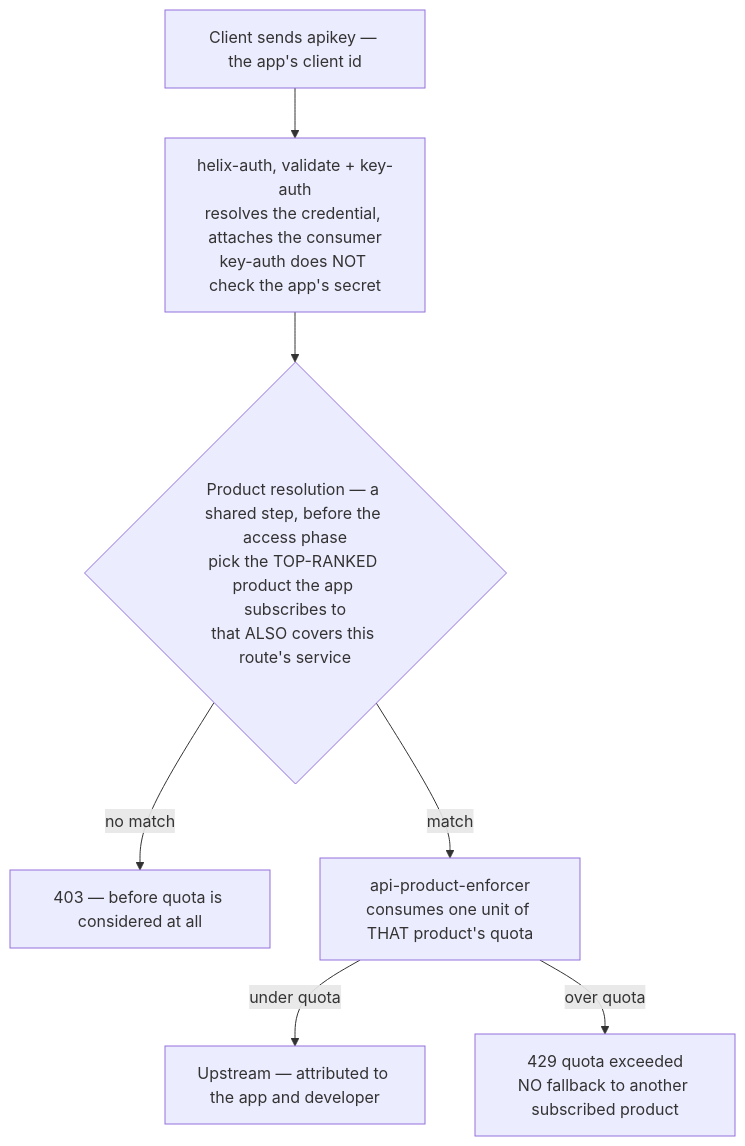
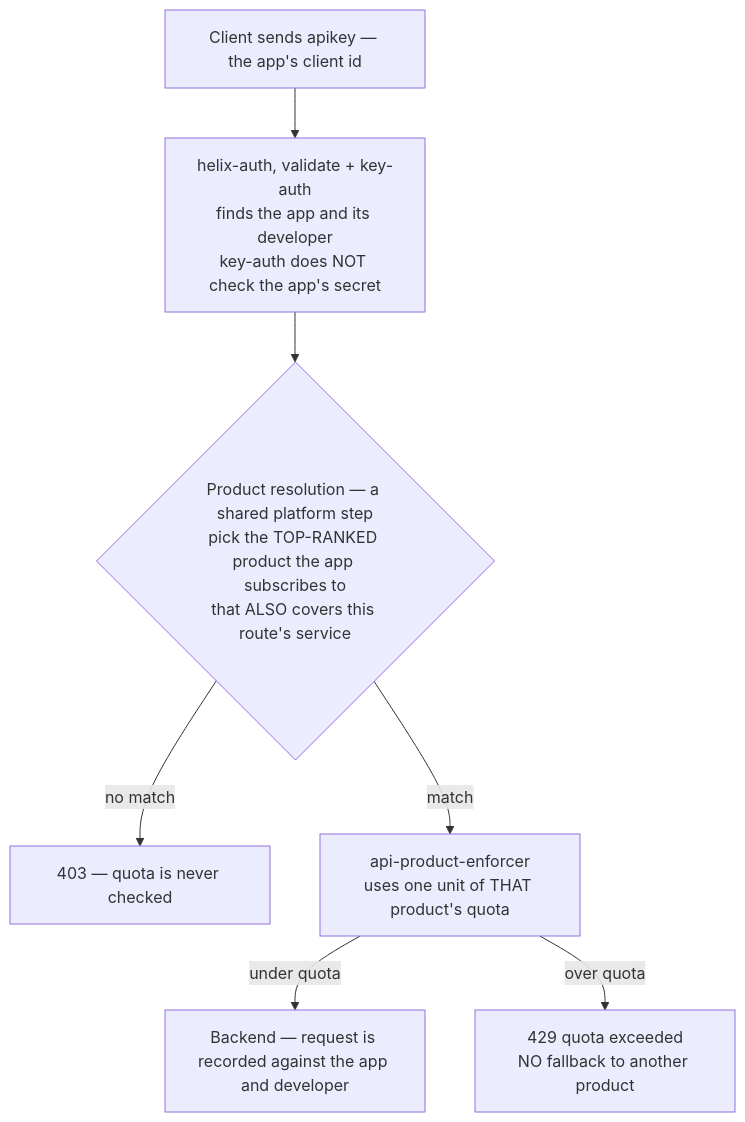
The diagram in solutions/01-api-products/architecture.md (digitalapicraft/api-gateway-solutions), drawn with Mermaid before and after one commit. The commit also changed other lines of this file and 5 other files, not shown here.

First line of the commit message:
Rewrite solution 01 business need and architecture in plain language, drop anecdotal filler

````diff
--- a/solutions/01-api-products/architecture.md
+++ b/solutions/01-api-products/architecture.md
@@ -41,10 +49,10 @@
 ```mermaid
 flowchart TD
     C["Client sends apikey — the app's client id"]
-    C --> A["helix-auth, validate + key-auth<br/>resolves the credential, attaches the consumer<br/>key-auth does NOT check the app's secret"]
-    A --> P{"Product resolution — a shared step, before the access phase<br/>pick the TOP-RANKED product the app subscribes to<br/>that ALSO covers this route's service"}
-    P -->|no match| F403["403 — before quota is considered at all"]
-    P -->|match| E["api-product-enforcer<br/>consumes one unit of THAT product's quota"]
-    E -->|under quota| U["Upstream — attributed to the app and developer"]
-    E -->|over quota| F429["429 quota exceeded<br/>NO fallback to another subscribed product"]
+    C --> A["helix-auth, validate + key-auth<br/>finds the app and its developer<br/>key-auth does NOT check the app's secret"]
+    A --> P{"Product resolution — a shared platform step<br/>pick the TOP-RANKED product the app subscribes to<br/>that ALSO covers this route's service"}
+    P -->|no match| F403["403 — quota is never checked"]
+    P -->|match| E["api-product-enforcer<br/>uses one unit of THAT product's quota"]
+    E -->|under quota| U["Backend — request is recorded against the app and developer"]
+    E -->|over quota| F429["429 quota exceeded<br/>NO fallback to another product"]
 ```
````
